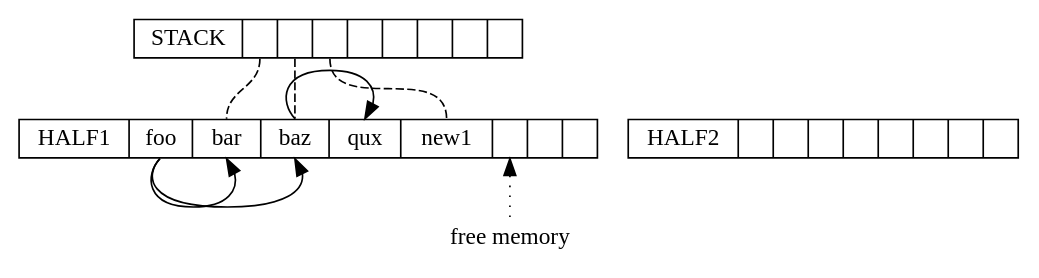
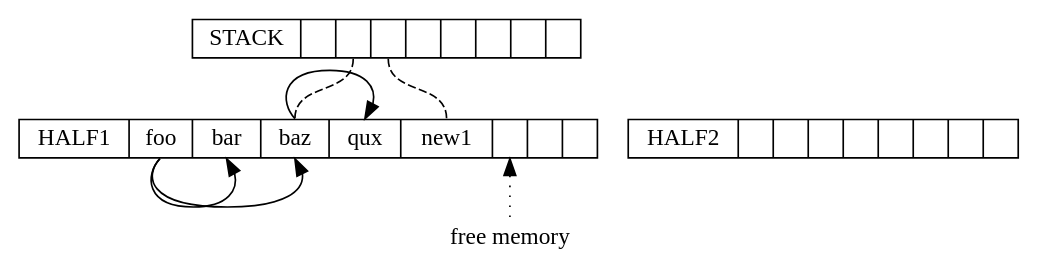
One commit to com-lihaoyi/mill changed the fifth of 13 diagrams in blog/modules/ROOT/pages/6-garbage-collector-perf.adoc. Above: the diagram before and after it, drawn with Graphviz. The commit also changed other lines of this file and 2 other files, not shown here.

````diff
--- a/blog/modules/ROOT/pages/6-garbage-collector-perf.adoc
+++ b/blog/modules/ROOT/pages/6-garbage-collector-perf.adoc
@@ -101,20 +126,19 @@
 ```graphviz
 digraph G {
   
   node [shape=box width=0 height=0 style=filled fillcolor=white]
   {rank=same; heap1; heap2}
   heap2 [shape=record label="HALF2 | <f0> | <f1> | <f2> | <f3>  | <f4> | <f5> | <f6> | <f7> "]
 
   heap1 [shape=record label="HALF1 | <f0> foo | <f1> bar | <f2> baz | <f3> qux | <f4> new1 | <f5> | <f6> | <f7> "]
   heap1:f0:s -> heap1:f1:s
   heap1:f0:s -> heap1:f2:s
   heap1:f2:n -> heap1:f3:n
   heap1:f5:s -> alloc:n [dir=back, style=dotted]
   alloc [label = "free memory", shape=plaintext]
 
   stack [shape=record label="STACK | <f0> | <f1> | <f2> | <f3> | <f4> | <f5> | <f6> | <f7> "]
-  stack:f0 -> heap1:f1 [dir=none, style=dashed]
   stack:f1 -> heap1:f2 [dir=none, style=dashed]
   stack:f2 -> heap1:f4 [dir=none, style=dashed]
 }
 ```
````
